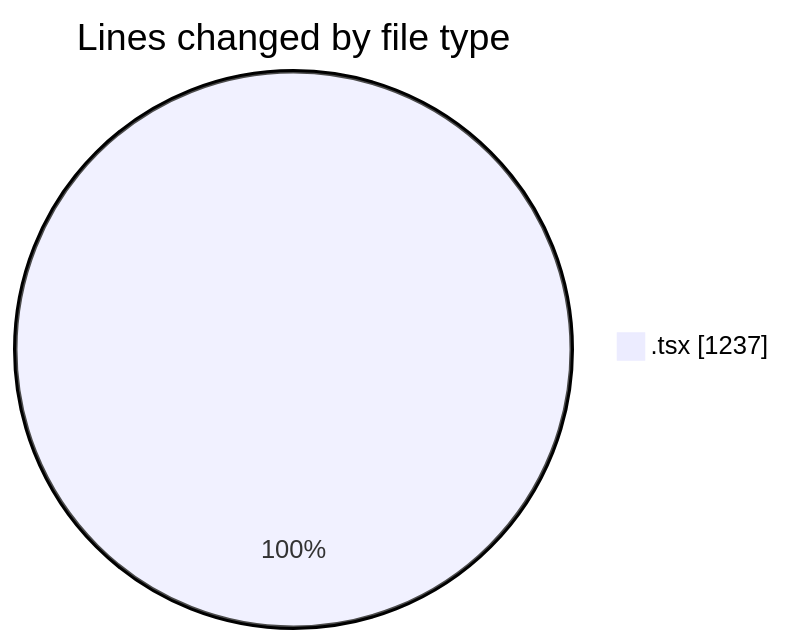
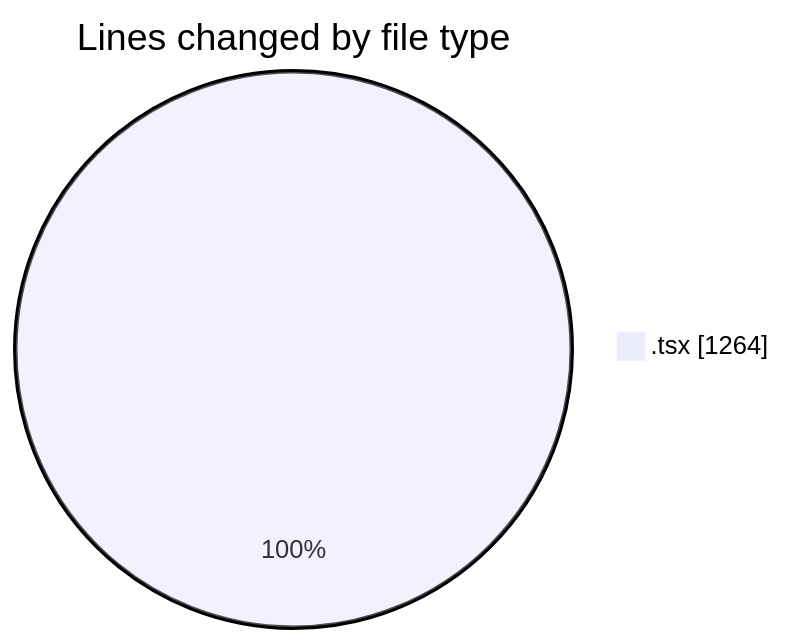
The first of 2 diagrams in 2025-05-29/kimberly-groups/README.md (JenPaints/code-tracking), drawn with Mermaid before and after one commit. The commit also changed other lines of this file and 1 other file, not shown here.

````diff
--- a/2025-05-29/kimberly-groups/README.md
+++ b/2025-05-29/kimberly-groups/README.md
@@ -22,5 +22,5 @@
 ```mermaid
 pie showData
 title Lines changed by file type
-".tsx" : 1237
+".tsx" : 1264
 ```
````
